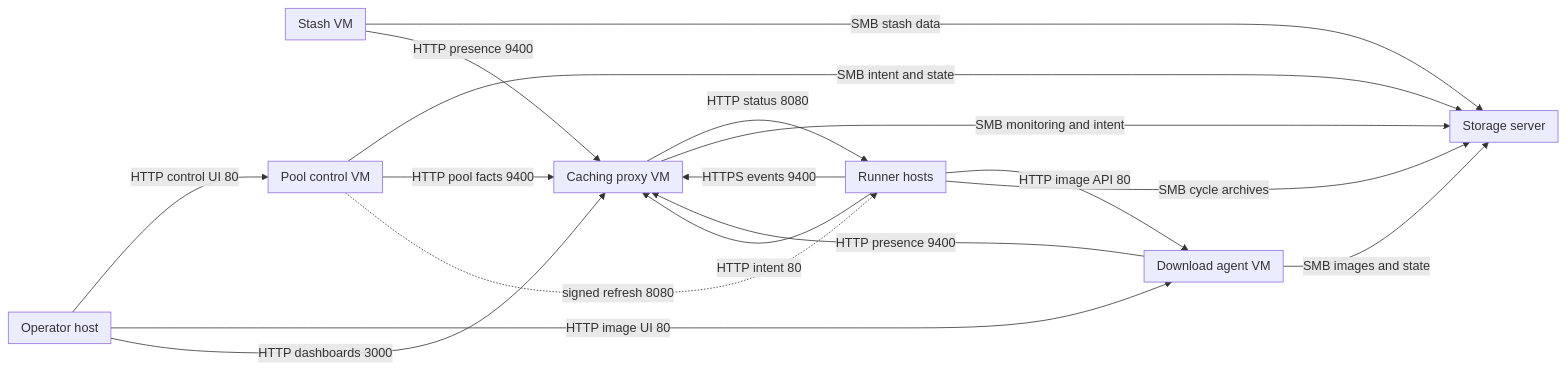
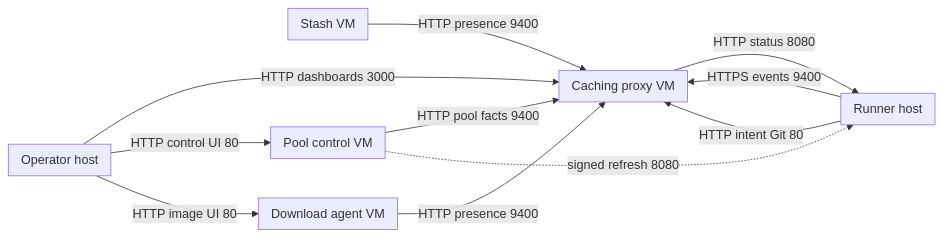
Before and after one commit to alissonsol/yuruna: the third of 9 diagrams in docs/design/06-deployment.md, drawn with Mermaid. The commit also changed other lines of this file and 1371 other files, not shown here.

````diff
--- a/docs/design/06-deployment.md
+++ b/docs/design/06-deployment.md
@@ -64,34 +112,26 @@
 ```mermaid
 flowchart LR
     subgraph operator-host["Operator host"]
     end
-    subgraph host["Runner hosts"]
+    subgraph host["Runner host"]
     end
     subgraph caching-proxy-service["Caching proxy VM"]
     end
     subgraph pool-control-service["Pool control VM"]
     end
     subgraph download-agent-service["Download agent VM"]
     end
     subgraph stash-service["Stash VM"]
     end
-    subgraph network-storage["Storage server"]
-    end
+    operator-host -->|HTTP dashboards 3000| caching-proxy-service
     operator-host -->|HTTP control UI 80| pool-control-service
     operator-host -->|HTTP image UI 80| download-agent-service
-    operator-host -->|HTTP dashboards 3000| caching-proxy-service
     host -->|HTTPS events 9400| caching-proxy-service
     caching-proxy-service -->|HTTP status 8080| host
-    host -->|HTTP image API 80| download-agent-service
-    host -->|SMB cycle archives| network-storage
-    caching-proxy-service -->|SMB monitoring and intent| network-storage
-    pool-control-service -->|SMB intent and state| network-storage
-    download-agent-service -->|SMB images and state| network-storage
-    stash-service -->|SMB stash data| network-storage
+    host -->|HTTP intent Git 80| caching-proxy-service
     pool-control-service -->|HTTP pool facts 9400| caching-proxy-service
     download-agent-service -->|HTTP presence 9400| caching-proxy-service
     stash-service -->|HTTP presence 9400| caching-proxy-service
-    host -->|HTTP intent 80| caching-proxy-service
-    %% optional: remote refresh requires configured authority and credentials.
+    %% optional: remote refresh requires configured authority and operator credentials.
     pool-control-service -.->|signed refresh 8080| host
 ```
````
